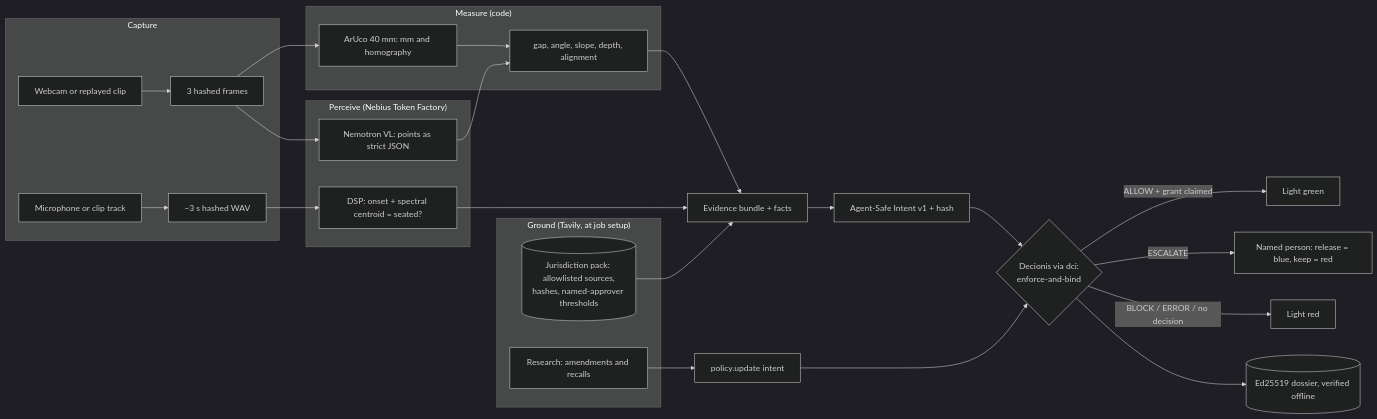
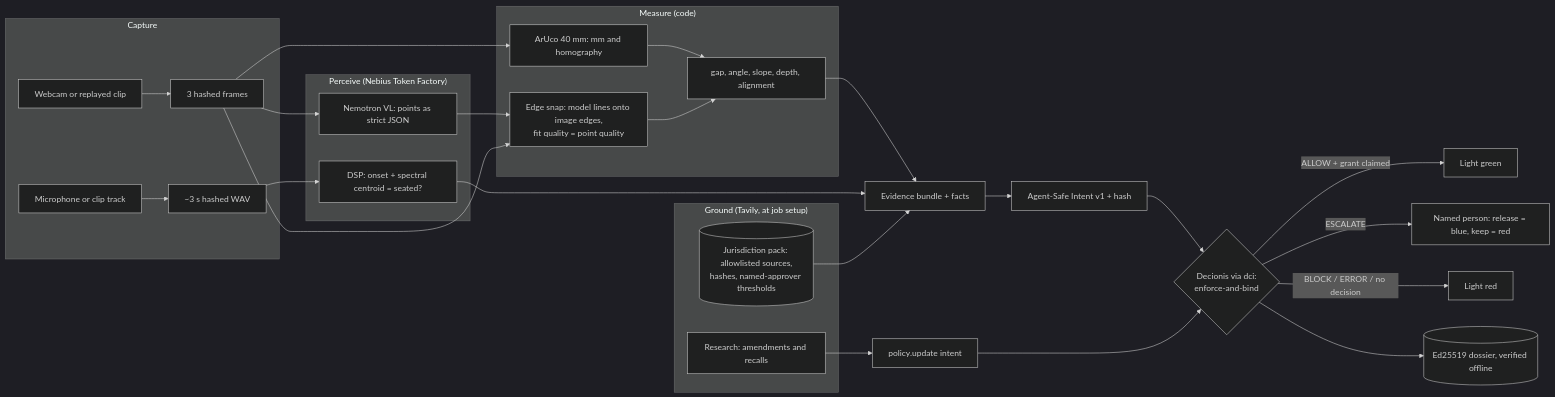
Before and after one commit to ocularminds/sitework: the diagram in README.md, drawn with Mermaid (dark theme). The commit also changed other lines of this file and 17 other files, not shown here.

First line of the commit message:
feat: snap model lines to image edges; read Nemotron VL's 0-1000 grid

````diff
--- a/README.md
+++ b/README.md
@@ -163,33 +165,35 @@
 ```mermaid
 flowchart LR
   subgraph Capture
     cam[Webcam or replayed clip] --> frames[3 hashed frames]
     mic[Microphone or clip track] --> audio[~3 s hashed WAV]
   end
   subgraph Perceive["Perceive (Nebius Token Factory)"]
     vlm[Nemotron VL: points as strict JSON]
     dsp[DSP: onset + spectral centroid = seated?]
   end
   subgraph Measure["Measure (code)"]
+    snap[Edge snap: model lines onto image edges,<br/>fit quality = point quality]
     fid[ArUco 40 mm: mm and homography]
     geo[gap, angle, slope, depth, alignment]
   end
   subgraph Ground["Ground (Tavily, at job setup)"]
     pack[(Jurisdiction pack: allowlisted sources,<br/>hashes, named-approver thresholds)]
     watch[Research: amendments and recalls]
   end
   frames --> fid --> geo
-  frames --> vlm --> geo
+  frames --> vlm --> snap --> geo
+  frames --> snap
   audio --> dsp
   geo --> ev[Evidence bundle + facts]
   dsp --> ev
   pack --> ev
   ev --> intent[Agent-Safe Intent v1 + hash]
   watch --> upd[policy.update intent]
   intent --> gate{Decionis via dci:<br/>enforce-and-bind}
   upd --> gate
   gate -->|ALLOW + grant claimed| green[Light green]
   gate -->|ESCALATE| person[Named person: release = blue, keep = red]
   gate -->|BLOCK / ERROR / no decision| red[Light red]
   gate --> dossier[(Ed25519 dossier, verified offline)]
 ```
````
